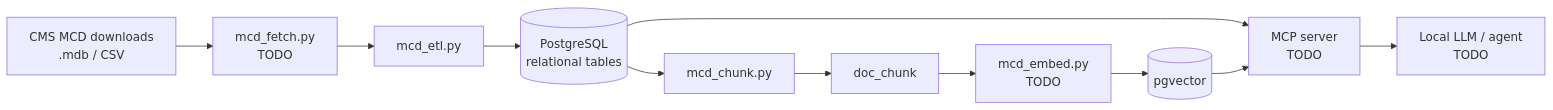
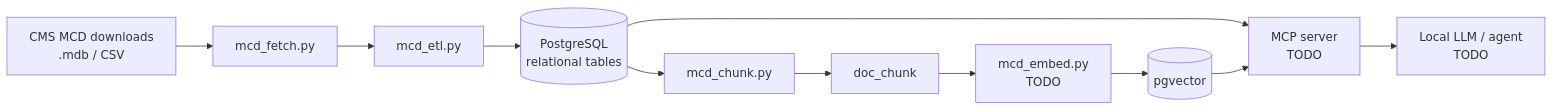
Before and after one commit to barrett7212/medicare-coverage-rag: the diagram in README.md, drawn with Mermaid. The commit also changed other lines of this file and 7 other files, not shown here.

First line of the commit message:
Add mcd_fetch script for downloading and processing CMS MCD datasets

````diff
--- a/README.md
+++ b/README.md
@@ -47,13 +47,13 @@
 ```mermaid
 flowchart LR
-    A[CMS MCD downloads<br/>.mdb / CSV] --> B[mcd_fetch.py<br/>TODO]
+    A[CMS MCD downloads<br/>.mdb / CSV] --> B[mcd_fetch.py]
     B --> C[mcd_etl.py]
     C --> D[(PostgreSQL<br/>relational tables)]
     D --> E[mcd_chunk.py]
     E --> F[doc_chunk]
     F --> G[mcd_embed.py<br/>TODO]
     G --> H[(pgvector)]
     D --> I[MCP server<br/>TODO]
     H --> I
     I --> J[Local LLM / agent<br/>TODO]
 ```
````
